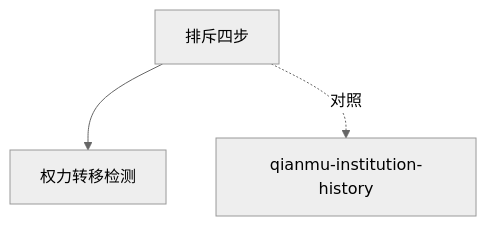
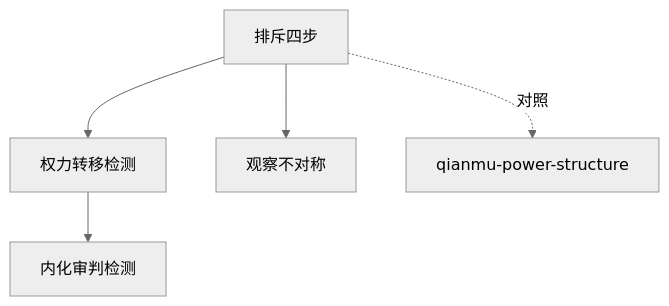
One commit to Natsummerance/skills changed the diagram in books/philosophy/foucault-madness-history-cangjie/INDEX.md. Above: the diagram before and after it, drawn with Mermaid (neutral theme). The commit also changed other lines of this file and 13 other files, not shown here.

````diff
--- a/books/philosophy/foucault-madness-history-cangjie/INDEX.md
+++ b/books/philosophy/foucault-madness-history-cangjie/INDEX.md
@@ -10,5 +12,7 @@
 ```mermaid
 graph TD
     EM[排斥四步] --> HS[权力转移检测]
-    EM -.对照.-> QM[qianmu-institution-history]
+    EM --> OA[观察不对称]
+    HS --> IJD[内化审判检测]
+    EM -.对照.-> QM[qianmu-power-structure]
 ```
````
